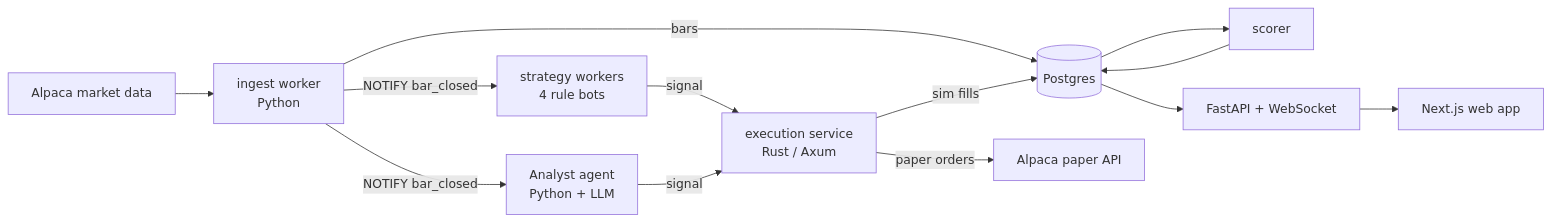
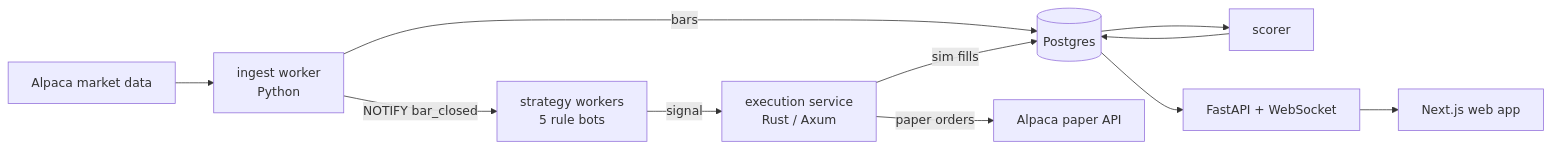
One commit to fonseca04Lenin/bot-trading-arena changed the diagram in README.md. Above: the diagram before and after it, drawn with Mermaid. The commit also changed other lines of this file and 23 other files, not shown here.

First line of the commit message:
Replace the LLM Analyst with a rule-based scorecard strategy

````diff
--- a/README.md
+++ b/README.md
@@ -21,15 +21,13 @@
 ```mermaid
 flowchart LR
   A[Alpaca market data] --> I[ingest worker<br/>Python]
   I -->|bars| DB[(Postgres)]
-  I -->|NOTIFY bar_closed| S[strategy workers<br/>4 rule bots]
-  I -->|NOTIFY bar_closed| L[Analyst agent<br/>Python + LLM]
+  I -->|NOTIFY bar_closed| S[strategy workers<br/>5 rule bots]
   S -->|signal| X[execution service<br/>Rust / Axum]
-  L -->|signal| X
   X -->|sim fills| DB
   X -->|paper orders| AP[Alpaca paper API]
   DB --> SC[scorer]
   SC --> DB
   DB --> API[FastAPI + WebSocket]
   API --> W[Next.js web app]
 ```
````
